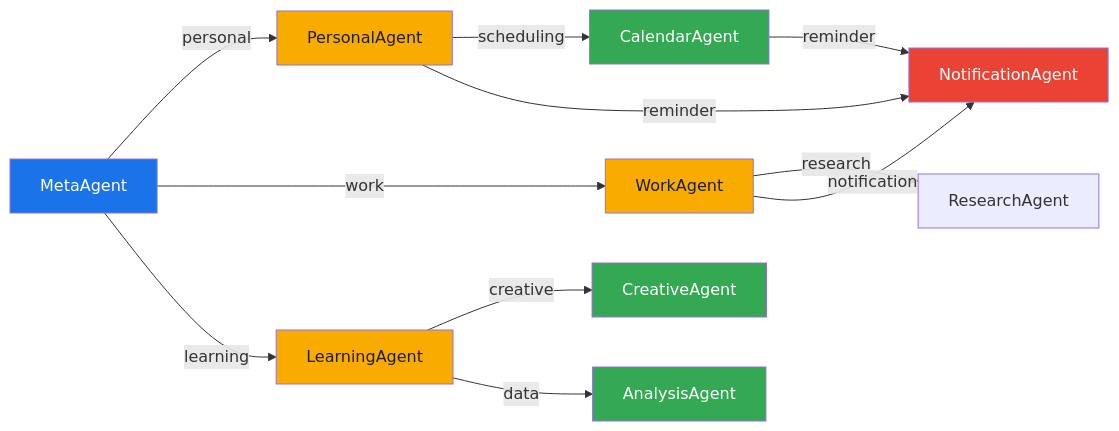
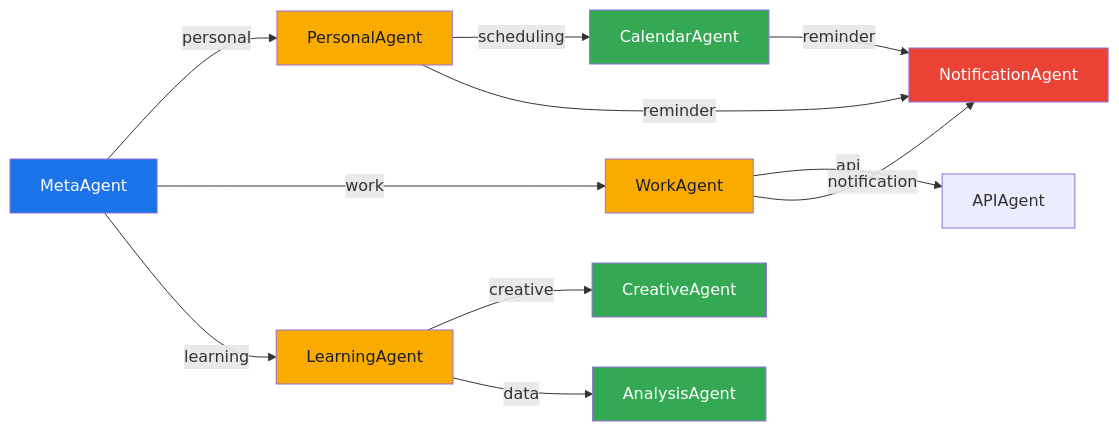
The diagram in docs/architecture/agent-registry.md (JonathanBenicio/Agent-System), drawn with Mermaid before and after one commit. The commit also changed other lines of this file and 81 other files, not shown here.

````diff
--- a/docs/architecture/agent-registry.md
+++ b/docs/architecture/agent-registry.md
@@ -106,23 +106,23 @@
 ```mermaid
 graph LR
     META[MetaAgent] -->|personal| PERS[PersonalAgent]
     META -->|work| WORK[WorkAgent]
     META -->|learning| LEARN[LearningAgent]
 
     PERS -->|scheduling| CAL[CalendarAgent]
     PERS -->|reminder| NOTIF[NotificationAgent]
-    WORK -->|research| RES[ResearchAgent]
+  WORK -->|api| API[APIAgent]
     WORK -->|notification| NOTIF
     LEARN -->|creative| CREA[CreativeAgent]
     LEARN -->|data| ANAL[AnalysisAgent]
     CAL -->|reminder| NOTIF
 
     style META fill:#1a73e8,color:#fff
     style PERS fill:#f9ab00,color:#1e1e2e
     style WORK fill:#f9ab00,color:#1e1e2e
     style LEARN fill:#f9ab00,color:#1e1e2e
     style CAL fill:#34a853,color:#fff
     style CREA fill:#34a853,color:#fff
     style ANAL fill:#34a853,color:#fff
     style NOTIF fill:#ea4335,color:#fff
 ```
````
